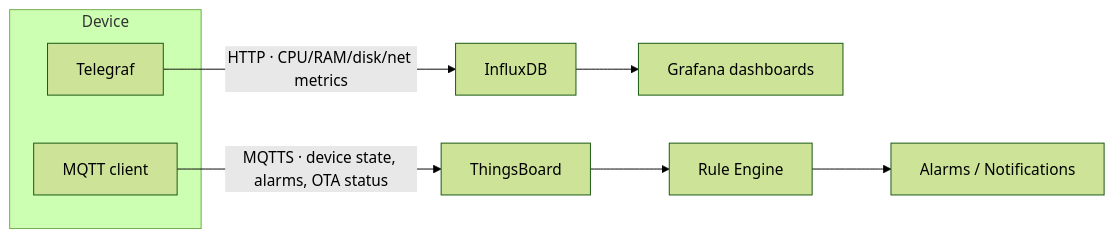
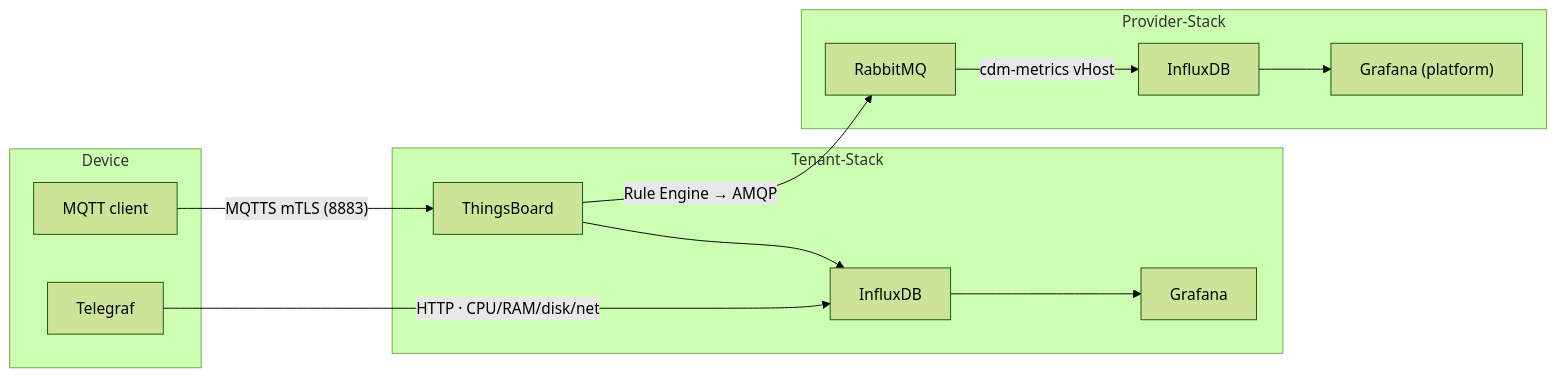
The first of 5 diagrams in docs/architecture/data-flow.md (the78mole/complete-device-management), drawn with Mermaid (forest theme) before and after one commit. The commit also changed other lines of this file and 49 other files, not shown here.

Commit message:
Complete Architecture Redesign - Phase 1.5 Documentation and Phase 2

````diff
--- a/docs/architecture/data-flow.md
+++ b/docs/architecture/data-flow.md
@@ -9,12 +10,26 @@
 ```mermaid
 graph LR
     subgraph device[Device]
-        TEL[Telegraf]
+        TLG[Telegraf]
         MQC[MQTT client]
     end
-    TEL -->|"HTTP · CPU/RAM/disk/net metrics"| IDB[InfluxDB]
-    IDB --> GRF[Grafana dashboards]
-    MQC -->|"MQTTS · device state, alarms, OTA status"| TB[ThingsBoard]
-    TB --> RE[Rule Engine]
-    RE --> ALM["Alarms / Notifications"]
+
+    subgraph tenant[Tenant-Stack]
+        TB[ThingsBoard]
+        IDB_T[InfluxDB]
+        GRF_T[Grafana]
+        TB --> IDB_T --> GRF_T
+    end
+
+    subgraph provider[Provider-Stack]
+        RMQ[RabbitMQ]
+        IDB_P[InfluxDB]
+        GRF_P["Grafana (platform)"]
+        IDB_P --> GRF_P
+    end
+
+    TLG -->|"HTTP · CPU/RAM/disk/net"| IDB_T
+    MQC -->|"MQTTS mTLS (8883)"| TB
+    TB -->|"Rule Engine → AMQP"| RMQ
+    RMQ -->|cdm-metrics vHost| IDB_P
 ```
````
